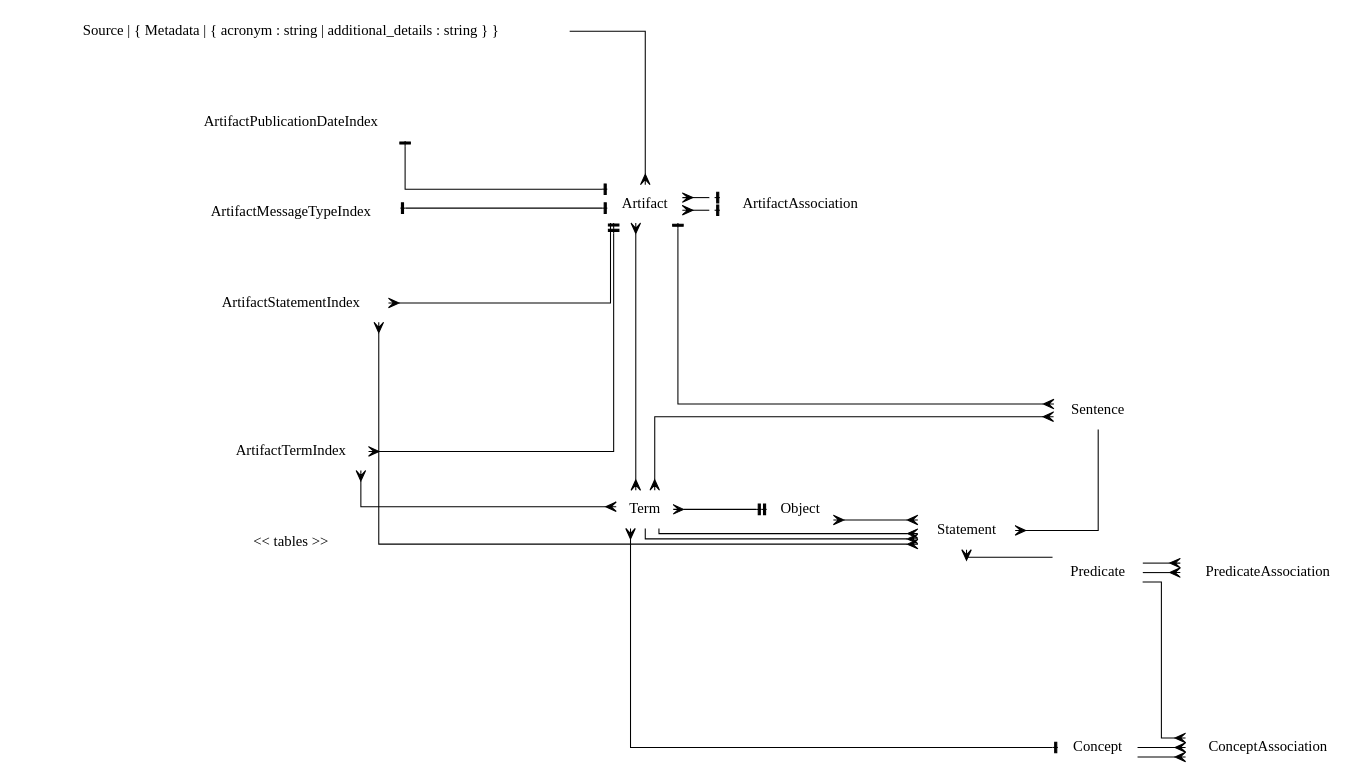
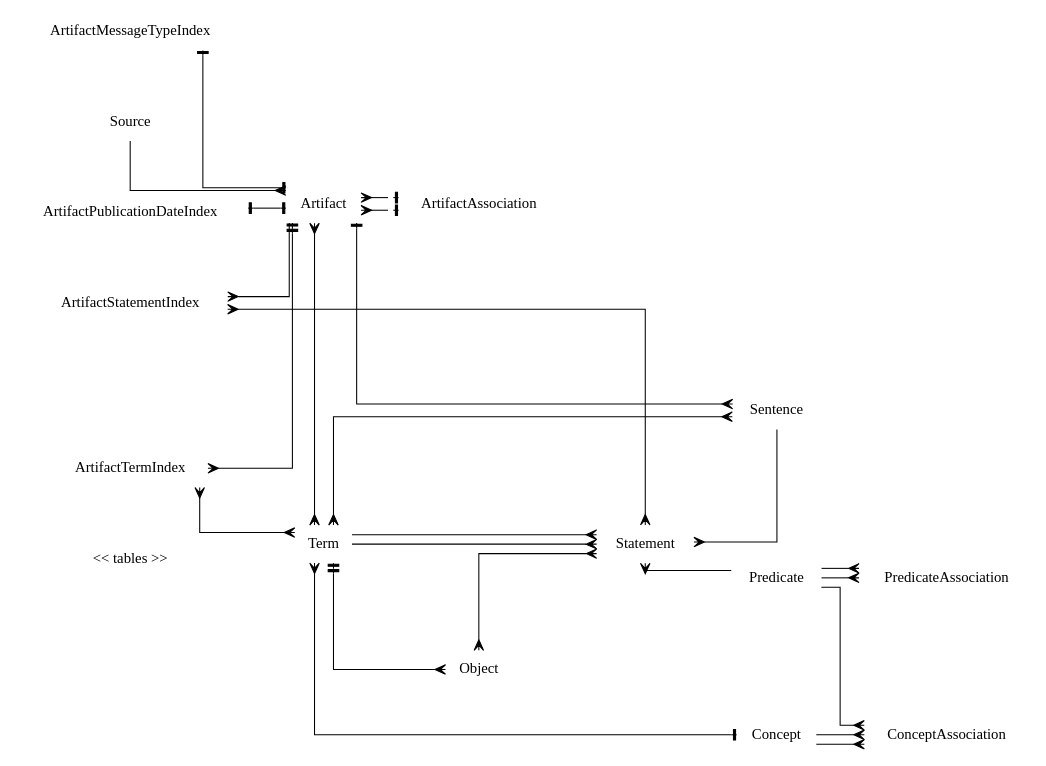
Before and after one commit to lumifyio/lumify-data: the diagram in docs/template.gv, drawn with Graphviz. The commit also changed 16 other files, not shown here.

```diff
--- a/docs/template.gv
+++ b/docs/template.gv
@@ -1,46 +1,32 @@
 digraph models_diagram {
   graph [splines=ortho, nodesep=0.7]
   node [shape=plaintext]
   rankdir = LR
 
   <<< tables >>>
-
-  "Source" [label="Source | { Metadata | { acronym : string | additional_details : string } }"];
-  "ArtifactAssociation"
-  "Sentence"
-  "ArtifactStatementIndex"
-  "Concept"
-  "Statement"
-  "ConceptAssociation"
-  "ArtifactTermIndex"
-  "Predicate"
-  "PredicateAssociation"
-  "Object"
-  "ArtifactPublicationDateIndex"
-  "ArtifactMessageTypeIndex"
 
   "Term" -> "Statement" [arrowtail=none, arrowhead=crow, dir=both]
   "Term" -> "Statement" [arrowtail=none, arrowhead=crow, dir=both]
   "Term" -> "Object" [arrowtail=teetee, arrowhead=crow, dir=both]
   "Object" -> "Statement" [arrowtail=crow, arrowhead=crow, dir=both]
   "Statement" -> "Predicate" [arrowtail=crow, arrowhead=none, dir=both]
   "Statement" -> "Sentence" [arrowtail=crow, arrowhead=none, dir=both]
   "Predicate" -> "PredicateAssociation" [arrowtail=none, arrowhead=crow, dir=both]
   "Predicate" -> "PredicateAssociation" [arrowtail=none, arrowhead=crow, dir=both]
   "Predicate" -> "ConceptAssociation" [arrowtail=none, arrowhead=crow, dir=both]
   "Concept" -> "ConceptAssociation" [arrowtail=none, arrowhead=crow, dir=both]
   "Concept" -> "ConceptAssociation" [arrowtail=none, arrowhead=crow, dir=both]
   "ArtifactTermIndex" -> "Artifact" [arrowtail=crow, arrowhead=teetee, dir=both]
   "ArtifactTermIndex" -> "Term" [arrowtail=crow, arrowhead=crow, dir=both]
   { rank=same; "Artifact" -> "Term" [arrowtail=crow, arrowhead=crow, dir=both]}
   "Term" -> "Concept" [arrowtail=crow, arrowhead=tee, dir=both]
   "ArtifactStatementIndex" -> "Statement" [arrowtail=crow, arrowhead=crow, dir=both]
   "ArtifactStatementIndex" -> "Artifact" [arrowtail=crow, arrowhead=none, dir=both]
   "Sentence" -> "Term" [arrowtail=crow, arrowhead=crow, dir=both]
   "Artifact" -> "Sentence" [arrowtail=tee, arrowhead=crow, dir=both]
   "Artifact" -> "ArtifactAssociation" [arrowtail=tee, arrowhead=crow, dir=both]
   "Artifact" -> "ArtifactAssociation" [arrowtail=tee, arrowhead=crow, dir=both]
   "Source" -> "Artifact" [arrowtail=none, arrowhead=crow, dir=both]
   "ArtifactPublicationDateIndex" -> "Artifact" [arrowtail=tee, arrowhead=tee, dir=both]
   "ArtifactMessageTypeIndex" -> "Artifact" [arrowtail=tee, arrowhead=tee, dir=both]
 }
```
